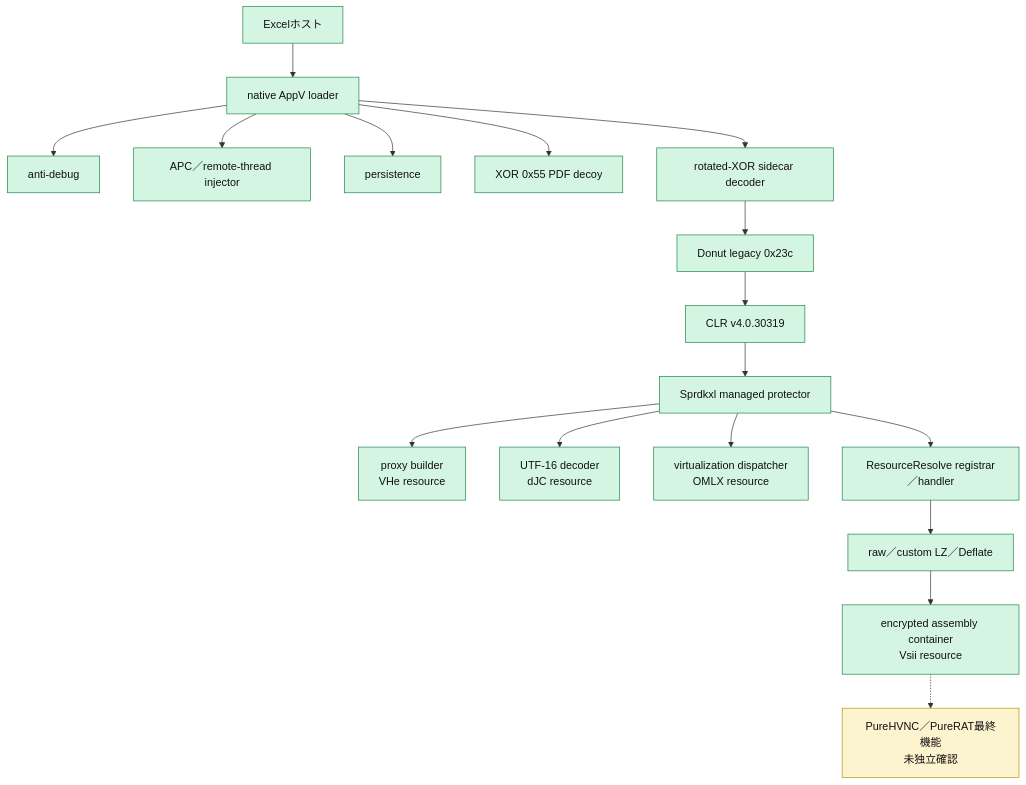
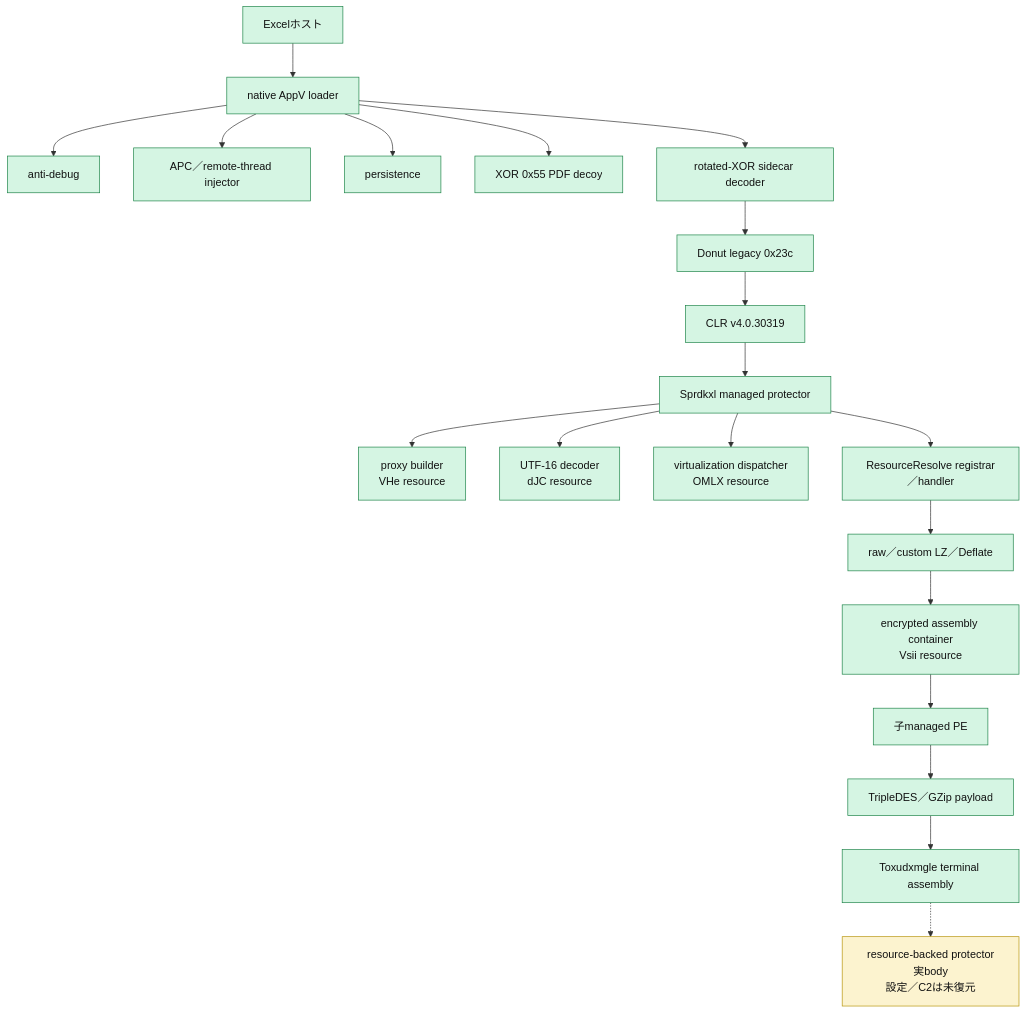
Before and after one commit to proshiba/AI-security-analysis: the third of 3 diagrams in analysis-results/malware/purehvnc/versions/unknown/cases/a4a0b87c94132e0433ae48e2151f31e8cdb02113cd0f3aa81a903adc854a64d9/OVERALL-LOGIC.md, drawn with Mermaid. The commit also changed other lines of this file and 153 other files, not shown here.

````diff
--- a/analysis-results/malware/purehvnc/versions/unknown/cases/a4a0b87c94132e0433ae48e2151f31e8cdb02113cd0f3aa81a903adc854a64d9/OVERALL-LOGIC.md
+++ b/analysis-results/malware/purehvnc/versions/unknown/cases/a4a0b87c94132e0433ae48e2151f31e8cdb02113cd0f3aa81a903adc854a64d9/OVERALL-LOGIC.md
@@ -50,23 +52,26 @@
 ```mermaid
 flowchart TB
     H["Excelホスト"] --> N["native AppV loader"]
     N --> A["anti-debug"]
     N --> I["APC／remote-thread injector"]
     N --> P["persistence"]
     N --> R["XOR 0x55 PDF decoy"]
     N --> S["rotated-XOR sidecar decoder"]
     S --> D["Donut legacy 0x23c"]
     D --> C["CLR v4.0.30319"]
     C --> M["Sprdkxl managed protector"]
     M --> PX["proxy builder<br/>VHe resource"]
     M --> ST["UTF-16 decoder<br/>dJC resource"]
     M --> VM["virtualization dispatcher<br/>OMLX resource"]
     M --> RR["ResourceResolve registrar／handler"]
     RR --> UN["raw／custom LZ／Deflate"]
     UN --> EA["encrypted assembly container<br/>Vsii resource"]
-    EA -.-> F["PureHVNC／PureRAT最終機能<br/>未独立確認"]
+    EA --> CP["子managed PE"]
+    CP --> TP["TripleDES／GZip payload"]
+    TP --> TA["Toxudxmgle terminal assembly"]
+    TA -.-> F["resource-backed protector実body<br/>設定／C2は未復元"]
     classDef confirmed fill:#d5f5e3,stroke:#1e8449,color:#111;
     classDef unresolved fill:#fcf3cf,stroke:#b7950b,color:#111;
-    class H,N,A,I,P,R,S,D,C,M,PX,ST,VM,RR,UN,EA confirmed;
+    class H,N,A,I,P,R,S,D,C,M,PX,ST,VM,RR,UN,EA,CP,TP,TA confirmed;
     class F unresolved;
 ```
````
